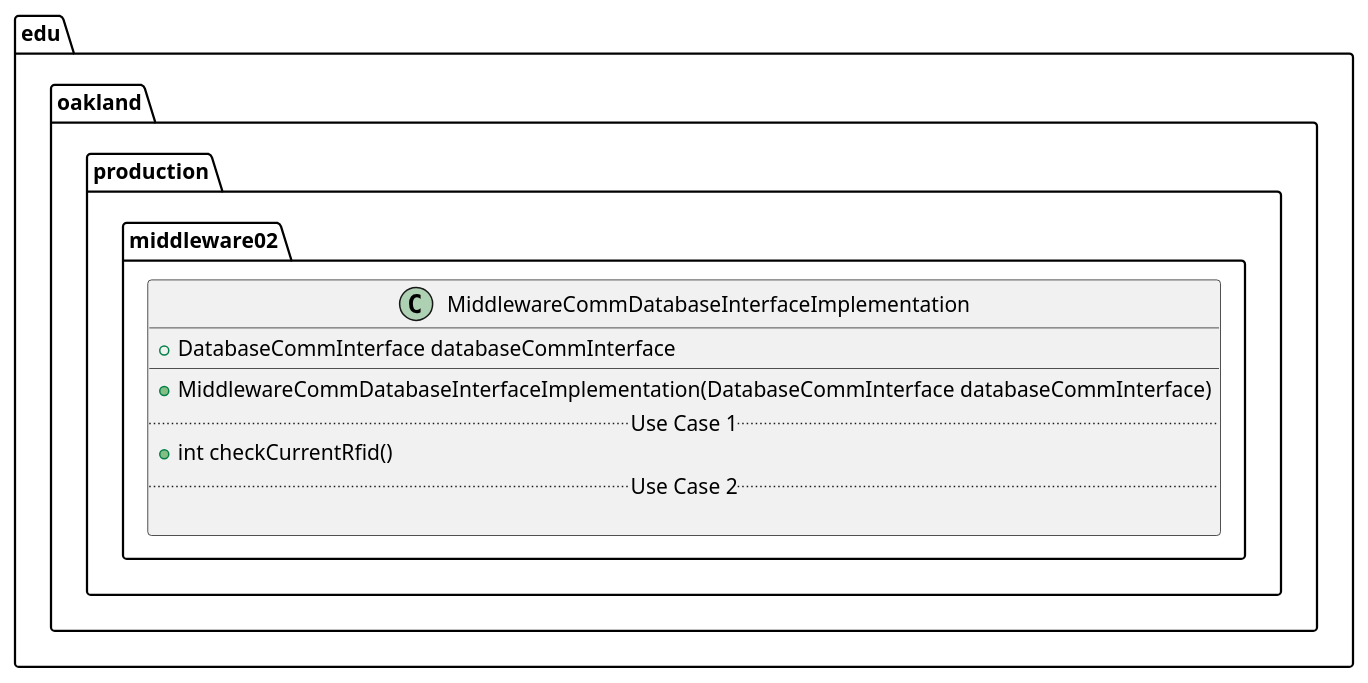
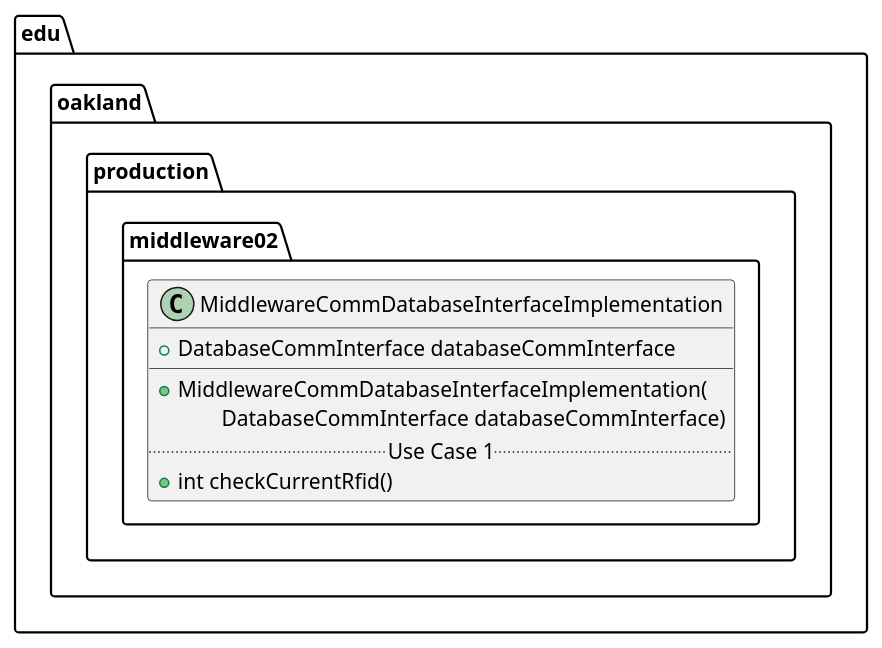
The diagram in docs/uml-class-diagrams/middleware02/production/MiddlewareCommDatabaseInterfaceImplementation/MiddlewareCommDatabaseInterfaceImplementation.puml (andrewdimmer/csi-3370-software-project), drawn with PlantUML before and after one commit. The commit also changed 5 other files, not shown here.

First line of the commit message:
[Middleware_02] Moved Some Long UML Lines Onto Two

```diff
--- a/docs/uml-class-diagrams/middleware02/production/MiddlewareCommDatabaseInterfaceImplementation/MiddlewareCommDatabaseInterfaceImplementation.puml
+++ b/docs/uml-class-diagrams/middleware02/production/MiddlewareCommDatabaseInterfaceImplementation/MiddlewareCommDatabaseInterfaceImplementation.puml
@@ -1,15 +1,14 @@
 @startuml MiddlewareCommDatabaseInterfaceImplementation
 
 package edu.oakland.production.middleware02 {
     class MiddlewareCommDatabaseInterfaceImplementation {
         + DatabaseCommInterface databaseCommInterface
         __
-        + MiddlewareCommDatabaseInterfaceImplementation(DatabaseCommInterface databaseCommInterface)
+        + MiddlewareCommDatabaseInterfaceImplementation(
+        \tDatabaseCommInterface databaseCommInterface)
         .. Use Case 1 ..
         + int checkCurrentRfid()
-        .. Use Case 2 ..
-
     }
 }
 
 @enduml
```
